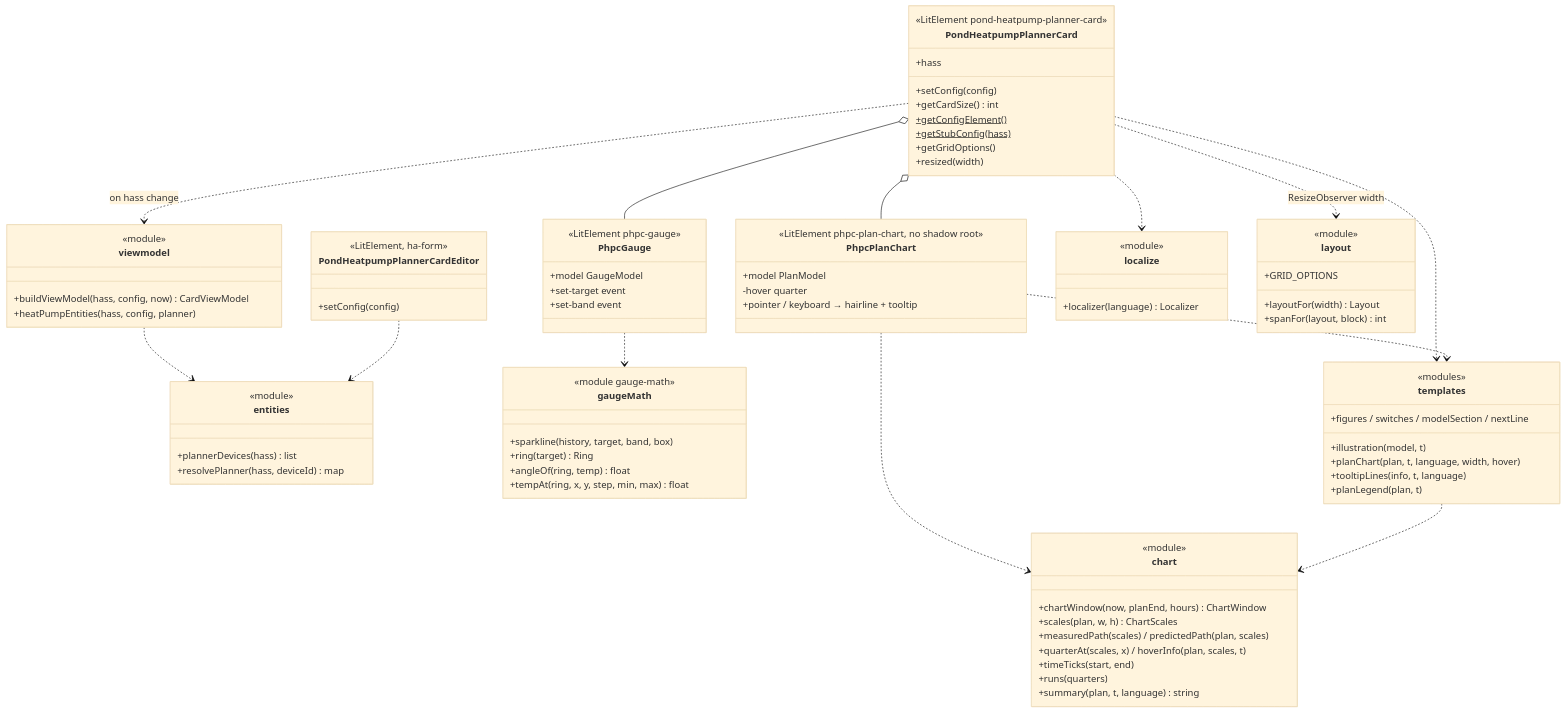
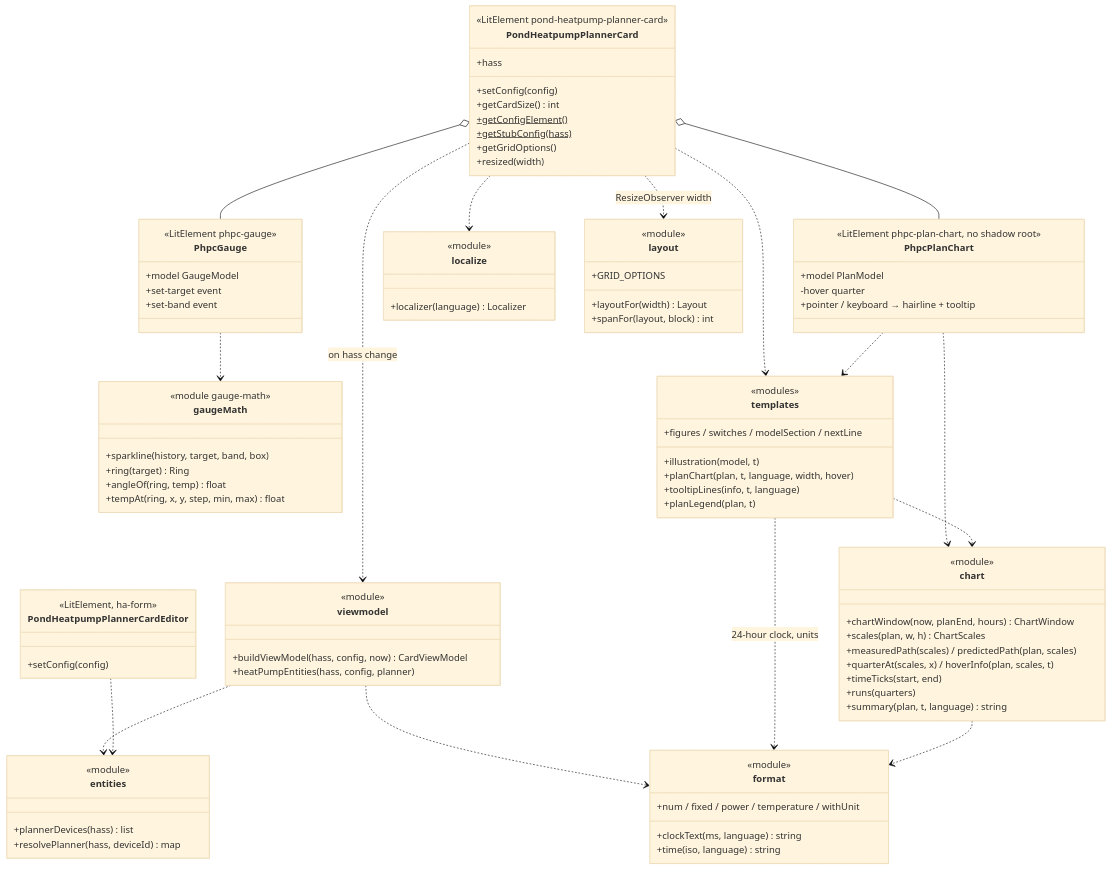
One commit to abroeders/pond-heatpump-price-planner changed diagram 21 of 24 in docs/architecture.md. Above: the diagram before and after it, drawn with Mermaid (base theme). The commit also changed 6 other files, not shown here.

```diff
--- a/docs/architecture.md
+++ b/docs/architecture.md
@@ -875,6 +875,12 @@
         <<module>>
         +localizer(language) Localizer
     }
+    class format {
+        <<module>>
+        +clockText(ms, language) string
+        +time(iso, language) string
+        +num / fixed / power / temperature / withUnit
+    }
     class layout {
         <<module>>
         +layoutFor(width) Layout
@@ -889,6 +895,9 @@
     PhpcPlanChart ..> templates
     PhpcPlanChart ..> chart
     templates ..> chart
+    viewmodel ..> format
+    templates ..> format : 24-hour clock, units
+    chart ..> format
     PhpcGauge ..> gaugeMath
     PondHeatpumpPlannerCard ..> localize
     PondHeatpumpPlannerCard ..> layout : ResizeObserver width
```
